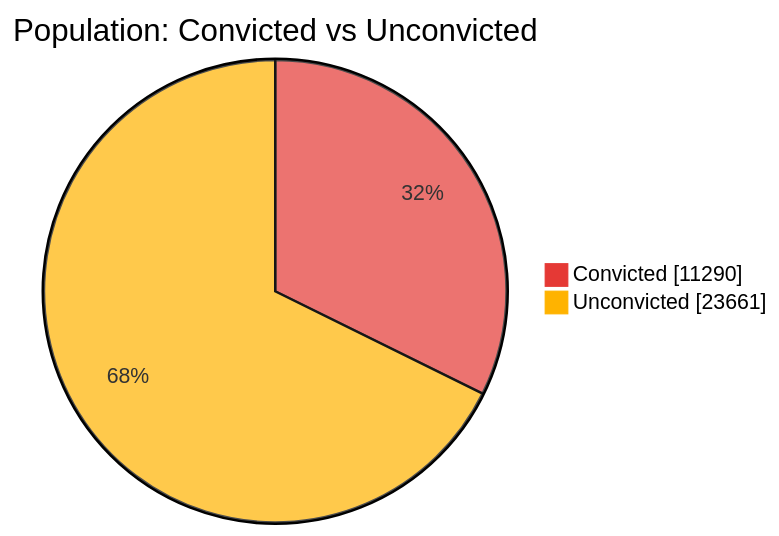
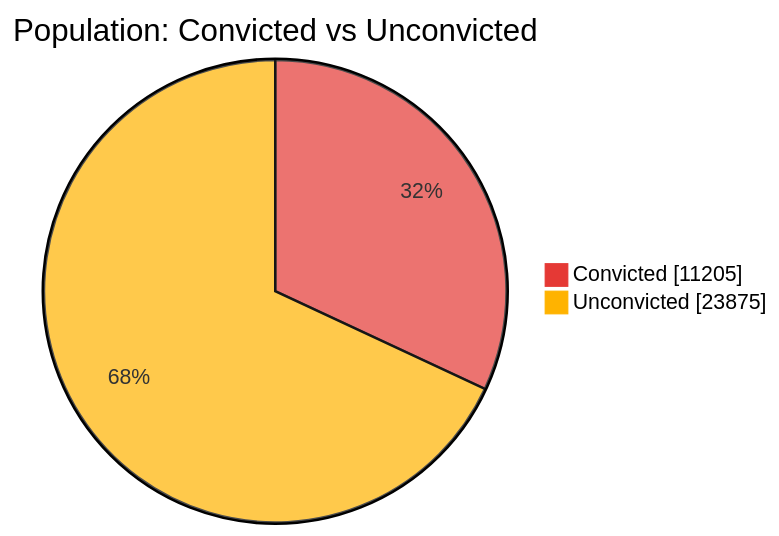
The first of 7 diagrams in README.md (nuuuwan/lk_prisons), drawn with Mermaid before and after one commit. The commit also changed other lines of this file and 1 other file, not shown here.

````diff
--- a/README.md
+++ b/README.md
@@ -43,6 +43,6 @@
 ```mermaid
 %%{init: {'themeVariables': {'pie1': '#E53935', 'pie2': '#FFB300'}}}%%
 pie showData title Population: Convicted vs Unconvicted
-    "Convicted" : 11290
-    "Unconvicted" : 23661
+    "Convicted" : 11205
+    "Unconvicted" : 23875
 ```
````
